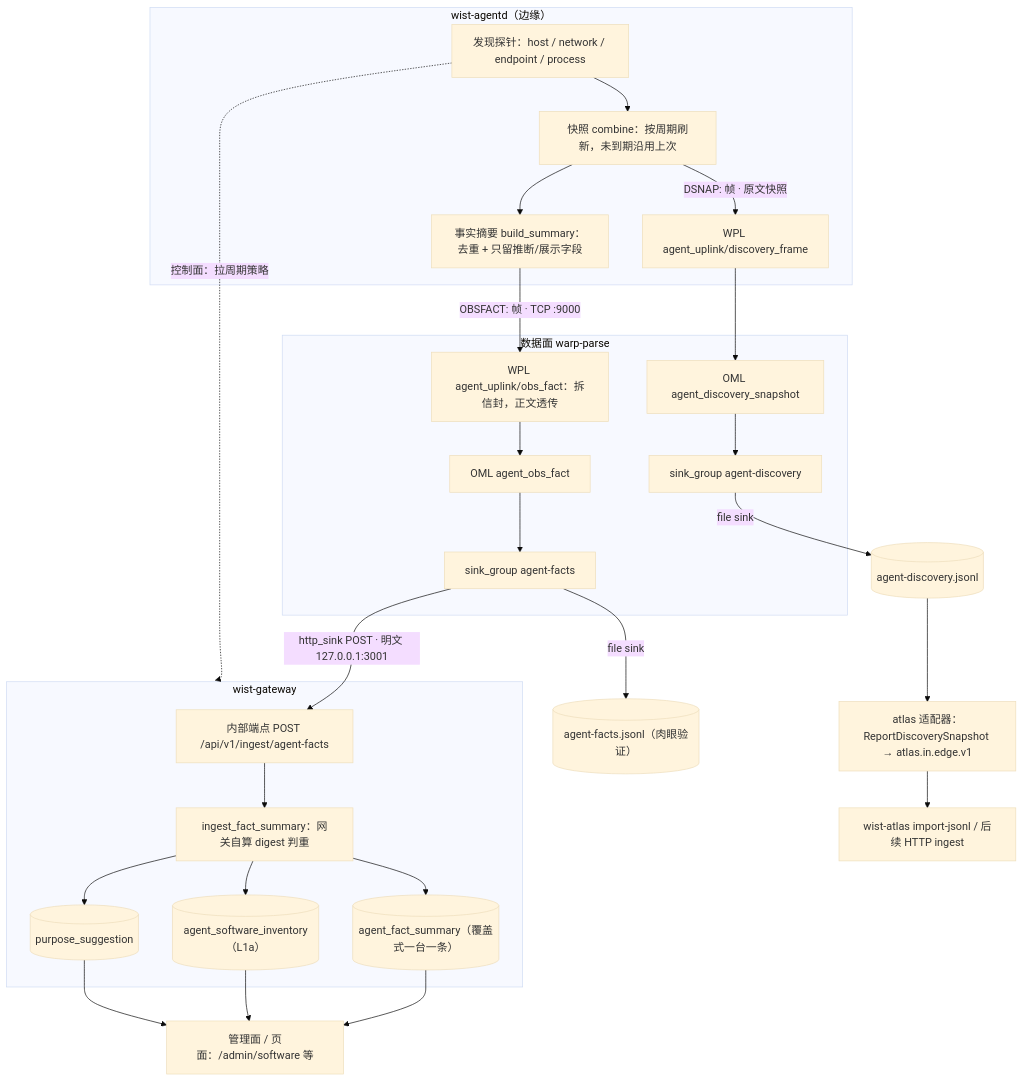
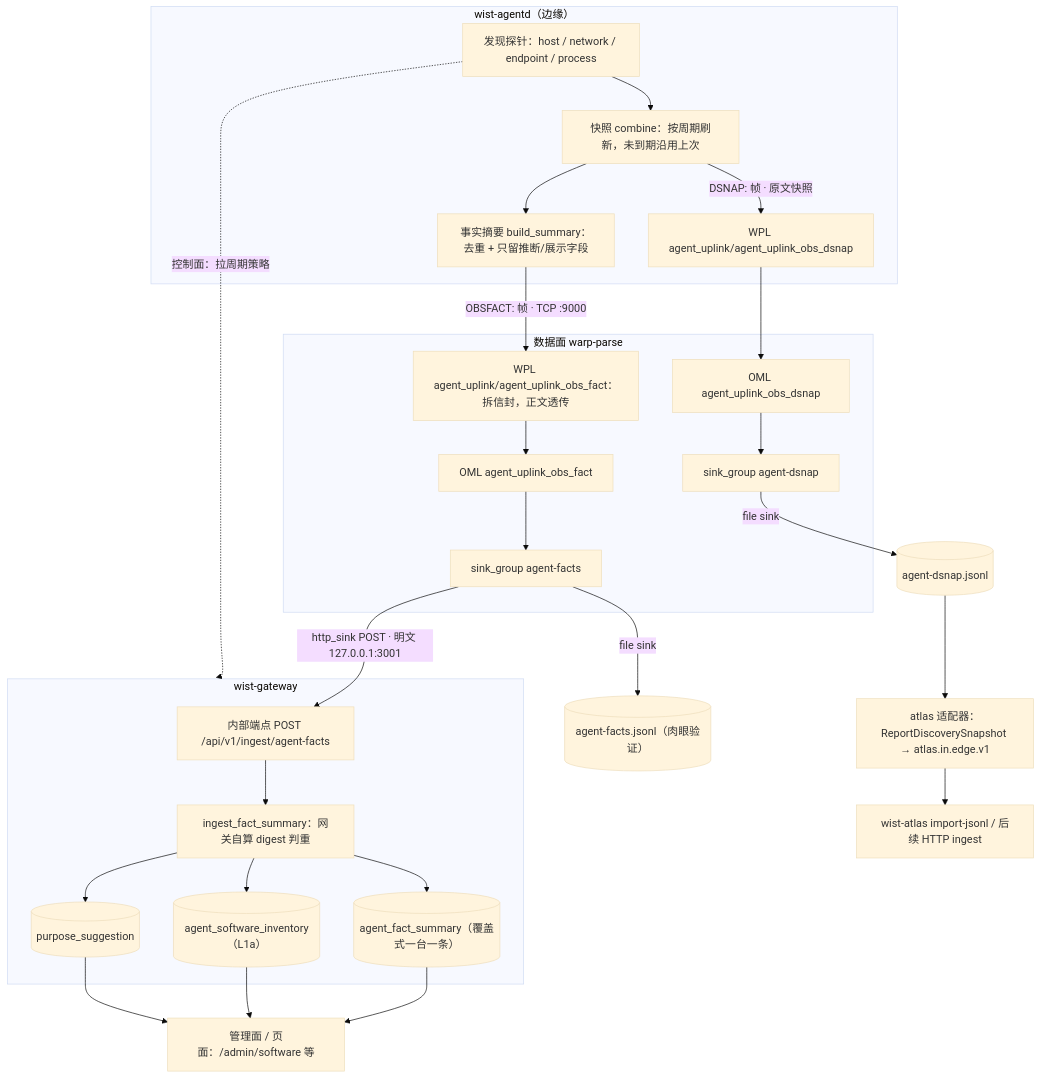
The diagram in doc/design/center/asset-discovery-data-flow.md (dayu-sec/wist-design), drawn with Mermaid (base theme) before and after one commit. The commit also changed other lines of this file and 6 other files, not shown here.

First line of the commit message:
docs(data-plane): 上送帧/OML/sink 名称对齐现状

````diff
--- a/doc/design/center/asset-discovery-data-flow.md
+++ b/doc/design/center/asset-discovery-data-flow.md
@@ -11,43 +11,43 @@
 ```mermaid
 flowchart TD
   subgraph EDGE["wist-agentd（边缘）"]
     PR["发现探针：host / network / endpoint / process"]
     SN["快照 combine：按周期刷新，未到期沿用上次"]
     FS["事实摘要 build_summary：去重 + 只留推断/展示字段"]
     PR --> SN --> FS
     SN -->|"DSNAP: 帧 · 原文快照"| WPL2
   end
 
   FS -->|"OBSFACT: 帧 · TCP :9000"| WPL
   PR -.->|"控制面：拉周期策略"| GW
 
   subgraph DP["数据面 warp-parse"]
-    WPL["WPL agent_uplink/obs_fact：拆信封，正文透传"]
-    OML["OML agent_obs_fact"]
+    WPL["WPL agent_uplink/agent_uplink_obs_fact：拆信封，正文透传"]
+    OML["OML agent_uplink_obs_fact"]
     SG["sink_group agent-facts"]
-    WPL2["WPL agent_uplink/discovery_frame"]
-    OML2["OML agent_discovery_snapshot"]
-    SG2["sink_group agent-discovery"]
+    WPL2["WPL agent_uplink/agent_uplink_obs_dsnap"]
+    OML2["OML agent_uplink_obs_dsnap"]
+    SG2["sink_group agent-dsnap"]
     WPL --> OML --> SG
     WPL2 --> OML2 --> SG2
   end
 
   SG -->|"file sink"| F1[("agent-facts.jsonl（肉眼验证）")]
   SG -->|"http_sink POST · 明文 127.0.0.1:3001"| ING
-  SG2 -->|"file sink"| F2[("agent-discovery.jsonl")]
+  SG2 -->|"file sink"| F2[("agent-dsnap.jsonl")]
   F2 --> AD["atlas 适配器：ReportDiscoverySnapshot → atlas.in.edge.v1"]
   AD --> AT["wist-atlas import-jsonl / 后续 HTTP ingest"]
 
   subgraph GW["wist-gateway"]
     ING["内部端点 POST /api/v1/ingest/agent-facts"]
     CORE["ingest_fact_summary：网关自算 digest 判重"]
     ING --> CORE
     CORE --> T1[("agent_fact_summary（覆盖式一台一条）")]
     CORE --> T2[("agent_software_inventory（L1a）")]
     CORE --> T3[("purpose_suggestion")]
   end
 
   T1 --> PG["管理面 / 页面：/admin/software 等"]
   T2 --> PG
   T3 --> PG
 ```
````
